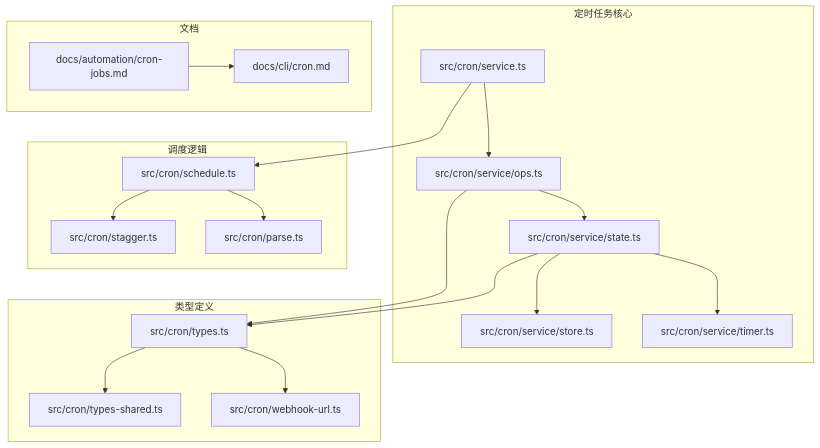
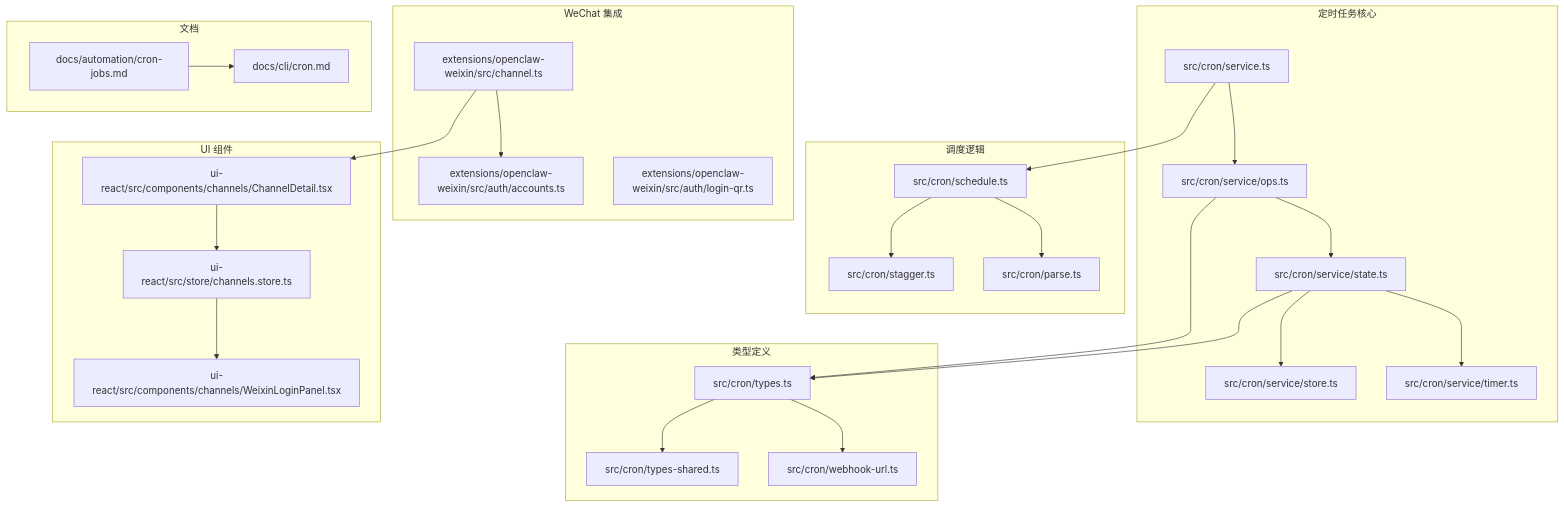
Before and after one commit to verse-ai-org/openclaw: the first of 7 diagrams in .qoder/repowiki/zh/content/Web界面/定时任务管理系统/定时任务文档.md, drawn with Mermaid. The commit also changed other lines of this file and 12 other files, not shown here.

````diff
--- a/.qoder/repowiki/zh/content/Web界面/定时任务管理系统/定时任务文档.md
+++ b/.qoder/repowiki/zh/content/Web界面/定时任务管理系统/定时任务文档.md
@@ -37,23 +59,33 @@
 ```mermaid
 graph TB
 subgraph "定时任务核心"
 A[src/cron/service.ts] --> B[src/cron/service/ops.ts]
 B --> C[src/cron/service/state.ts]
 C --> D[src/cron/service/store.ts]
 C --> E[src/cron/service/timer.ts]
 end
 subgraph "调度逻辑"
 F[src/cron/schedule.ts] --> G[src/cron/stagger.ts]
 F --> H[src/cron/parse.ts]
 end
 subgraph "类型定义"
 I[src/cron/types.ts] --> J[src/cron/types-shared.ts]
 I --> K[src/cron/webhook-url.ts]
 end
+subgraph "WeChat 集成"
+L[extensions/openclaw-weixin/src/channel.ts] --> M[extensions/openclaw-weixin/src/auth/accounts.ts]
+N[extensions/openclaw-weixin/src/auth/login-qr.ts]
+end
+subgraph "UI 组件"
+O[ui-react/src/components/channels/ChannelDetail.tsx] --> P[ui-react/src/store/channels.store.ts]
+Q[ui-react/src/components/channels/WeixinLoginPanel.tsx]
+end
 subgraph "文档"
-L[docs/automation/cron-jobs.md] --> M[docs/cli/cron.md]
+R[docs/automation/cron-jobs.md] --> S[docs/cli/cron.md]
 end
 A --> F
 B --> I
 C --> I
+L --> O
+P --> Q
 ```
````
